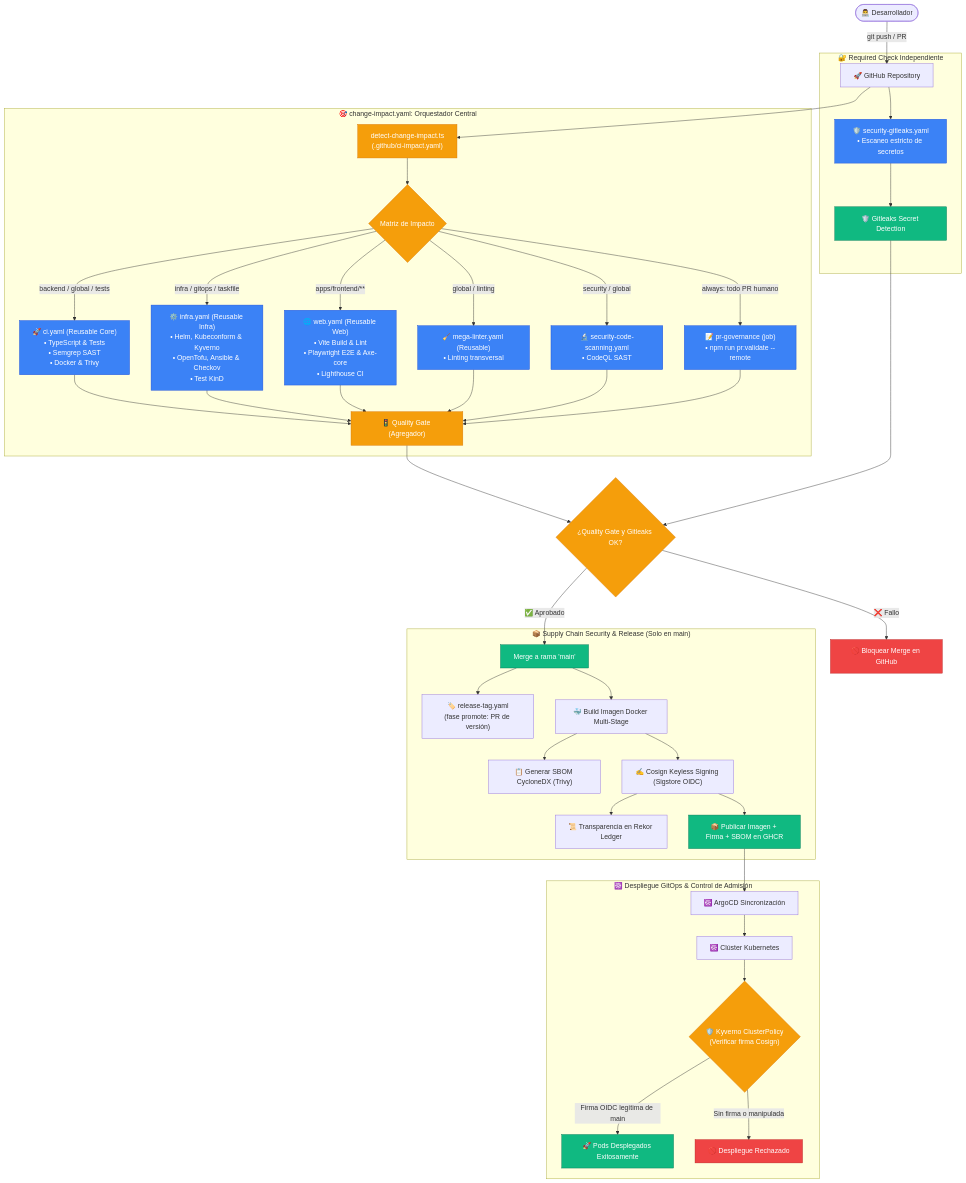
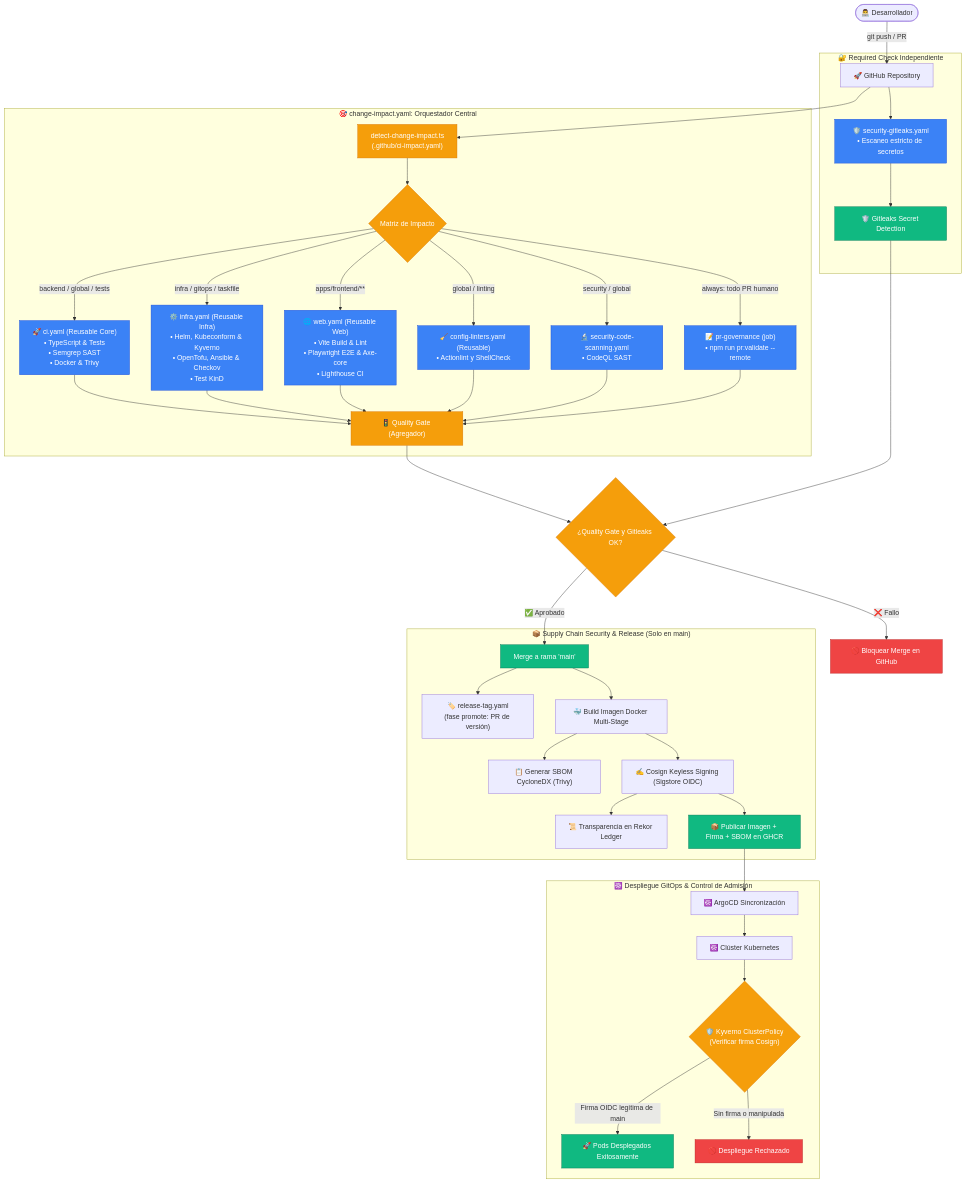
Before and after one commit to rocapellino/pokedex: the diagram in docs/devops/GITHUB_WORKFLOWS_GUIDE.md, drawn with Mermaid. The commit also changed other lines of this file and 29 other files, not shown here.

First line of the commit message:
ci(lint): reemplazar MegaLinter por Actionlint y ShellCheck directos (#551)

````diff
--- a/docs/devops/GITHUB_WORKFLOWS_GUIDE.md
+++ b/docs/devops/GITHUB_WORKFLOWS_GUIDE.md
@@ -49,55 +49,55 @@
 ```mermaid
 flowchart TD
     DEV(["👨‍💻 Desarrollador"]) -->|git push / PR| GH["🚀 GitHub Repository"]
 
     subgraph SEC_INDEPENDENT ["🔐 Required Check Independiente"]
         GH --> WF_LEAKS["🛡️ security-gitleaks.yaml\n• Escaneo estricto de secretos"]
         WF_LEAKS --> CHK_LEAKS["🛡️ Gitleaks Secret Detection"]
     end
 
     subgraph ORCHESTRATOR ["🎯 change-impact.yaml: Orquestador Central"]
         GH --> DETECT["detect-change-impact.ts\n(.github/ci-impact.yaml)"]
         DETECT --> ROUTER{"Matriz de Impacto"}
 
         ROUTER -->|backend / global / tests| WF_CI["🚀 ci.yaml (Reusable Core)\n• TypeScript & Tests\n• Semgrep SAST\n• Docker & Trivy"]
         ROUTER -->|infra / gitops / taskfile| WF_INFRA["⚙️ infra.yaml (Reusable Infra)\n• Helm, Kubeconform & Kyverno\n• OpenTofu, Ansible & Checkov\n• Test KinD"]
         ROUTER -->|apps/frontend/**| WF_WEB["🌐 web.yaml (Reusable Web)\n• Vite Build & Lint\n• Playwright E2E & Axe-core\n• Lighthouse CI"]
-        ROUTER -->|global / linting| WF_MEGA["🧹 mega-linter.yaml (Reusable)\n• Linting transversal"]
+        ROUTER -->|global / linting| WF_MEGA["🧹 config-linters.yaml (Reusable)\n• Actionlint y ShellCheck"]
         ROUTER -->|security / global| WF_SCAN["🔬 security-code-scanning.yaml\n• CodeQL SAST"]
         ROUTER -->|always: todo PR humano| JOB_PRGOV["📝 pr-governance (job)\n• npm run pr:validate --remote"]
 
         WF_CI & WF_INFRA & WF_WEB & WF_MEGA & WF_SCAN & JOB_PRGOV --> QG["🚦 Quality Gate (Agregador)"]
     end
 
     QG --> QG_DECISION{"¿Quality Gate y Gitleaks OK?"}
     CHK_LEAKS --> QG_DECISION
     QG_DECISION -->|❌ Fallo| BLOCK_PR["🚫 Bloquear Merge en GitHub"]
     QG_DECISION -->|✅ Aprobado| MERGE_MAIN["Merge a rama 'main'"]
 
     subgraph SUPPLY_CHAIN ["📦 Supply Chain Security & Release (Solo en main)"]
         MERGE_MAIN --> BUMP["🏷️ release-tag.yaml\n(fase promote: PR de versión)"]
         MERGE_MAIN --> DOCKER_BUILD["🐳 Build Imagen Docker Multi-Stage"]
         DOCKER_BUILD --> SYFT_SBOM["📋 Generar SBOM CycloneDX (Trivy)"]
         DOCKER_BUILD --> COSIGN_SIGN["✍️ Cosign Keyless Signing (Sigstore OIDC)"]
         COSIGN_SIGN --> REKOR["📜 Transparencia en Rekor Ledger"]
         COSIGN_SIGN --> PUSH_GHCR["📦 Publicar Imagen + Firma + SBOM en GHCR"]
     end
 
     subgraph DEPLOYMENT ["☸️ Despliegue GitOps & Control de Admisión"]
         PUSH_GHCR --> ARGO["☸️ ArgoCD Sincronización"]
         ARGO --> K8S["☸️ Clúster Kubernetes"]
         K8S --> KYVERNO{"🛡️ Kyverno ClusterPolicy\n(Verificar firma Cosign)"}
         KYVERNO -->|Firma OIDC legítima de main| DEPLOY_OK["🚀 Pods Desplegados Exitosamente"]
         KYVERNO -->|Sin firma o manipulada| DEPLOY_FAIL["🚫 Despliegue Rechazado"]
     end
 
     classDef normal fill:#3b82f6,stroke:#1d4ed8,color:#fff;
     classDef gate fill:#f59e0b,stroke:#d97706,color:#fff;
     classDef success fill:#10b981,stroke:#047857,color:#fff;
     classDef error fill:#ef4444,stroke:#b91c1c,color:#fff;
 
     class WF_WEB,WF_INFRA,WF_LEAKS,WF_CI,WF_MEGA,WF_SCAN,JOB_PRGOV normal;
     class DETECT,ROUTER,QG,QG_DECISION,KYVERNO gate;
     class MERGE_MAIN,PUSH_GHCR,DEPLOY_OK,CHK_LEAKS success;
     class BLOCK_PR,DEPLOY_FAIL error;
 ```
````
